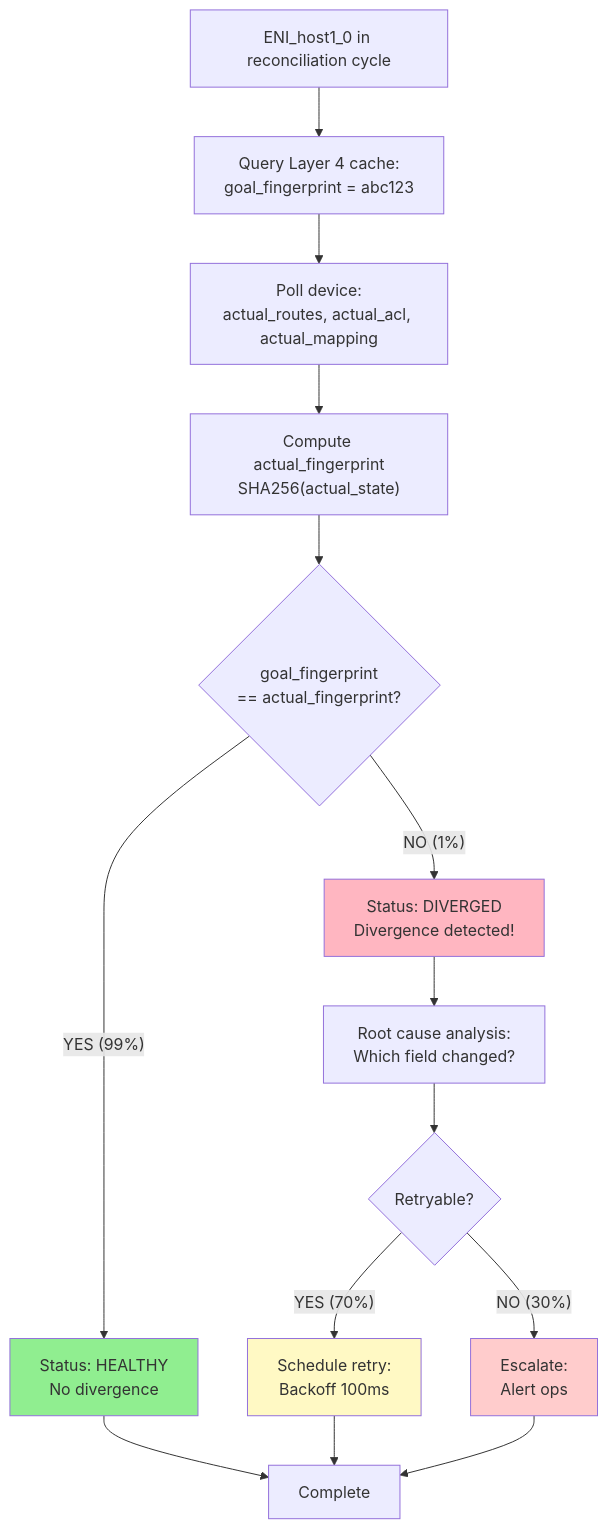
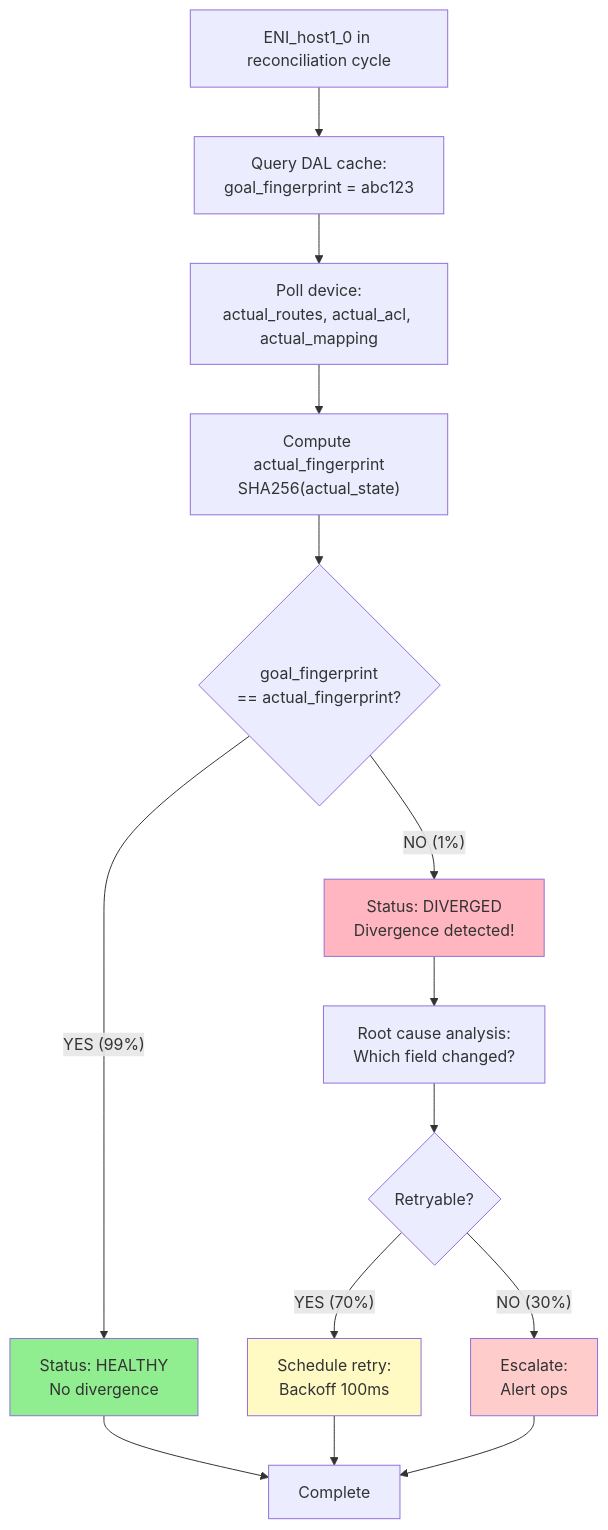
The third of 4 diagrams in docs/FM-Designs/FM_DESIGN_FEEDBACK_RECONCILIATION_SUPER_ENHANCED.md (rashmirrout/DashFabric), drawn with Mermaid before and after one commit. The commit also changed other lines of this file and 32 other files, not shown here.

````diff
--- a/docs/FM-Designs/FM_DESIGN_FEEDBACK_RECONCILIATION_SUPER_ENHANCED.md
+++ b/docs/FM-Designs/FM_DESIGN_FEEDBACK_RECONCILIATION_SUPER_ENHANCED.md
@@ -178,37 +178,37 @@
 ```mermaid
 graph TD
     A["ENI_host1_0 in reconciliation cycle"]
     
-    B["Query Layer 4 cache:<br/>goal_fingerprint = abc123"]
+    B["Query DAL cache:<br/>goal_fingerprint = abc123"]
     
     C["Poll device:<br/>actual_routes, actual_acl, actual_mapping"]
     
     D["Compute actual_fingerprint<br/>SHA256(actual_state)"]
     
     E{"goal_fingerprint<br/>== actual_fingerprint?"}
     
     E -->|"YES (99%)"|F["Status: HEALTHY<br/>No divergence"]
     
     E -->|"NO (1%)"| G["Status: DIVERGED<br/>Divergence detected!"]
     
     G --> H["Root cause analysis:<br/>Which field changed?"]
     
     H --> I{"Retryable?"}
     
     I -->|"YES (70%)"| J["Schedule retry:<br/>Backoff 100ms"]
     
     I -->|"NO (30%)"| K["Escalate:<br/>Alert ops"]
     
     A --> B
     B --> C
     C --> D
     D --> E
     F --> L["Complete"]
     J --> L
     K --> L
     
     style F fill:#90EE90
     style G fill:#FFB6C1
     style J fill:#fff9c4
     style K fill:#ffcccc
 ```
````
